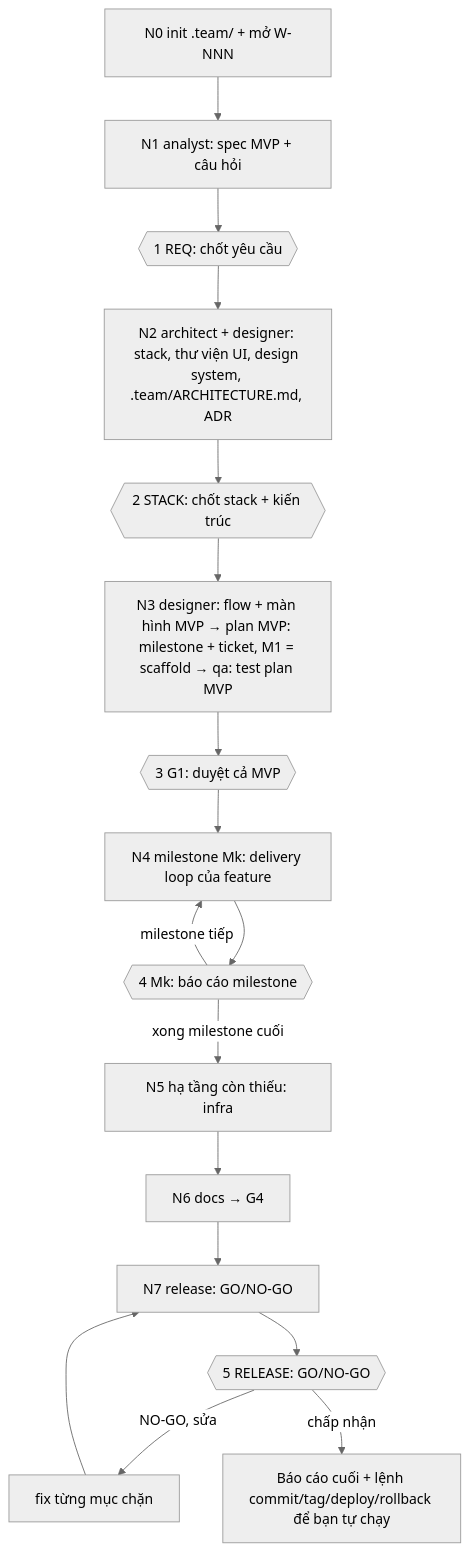
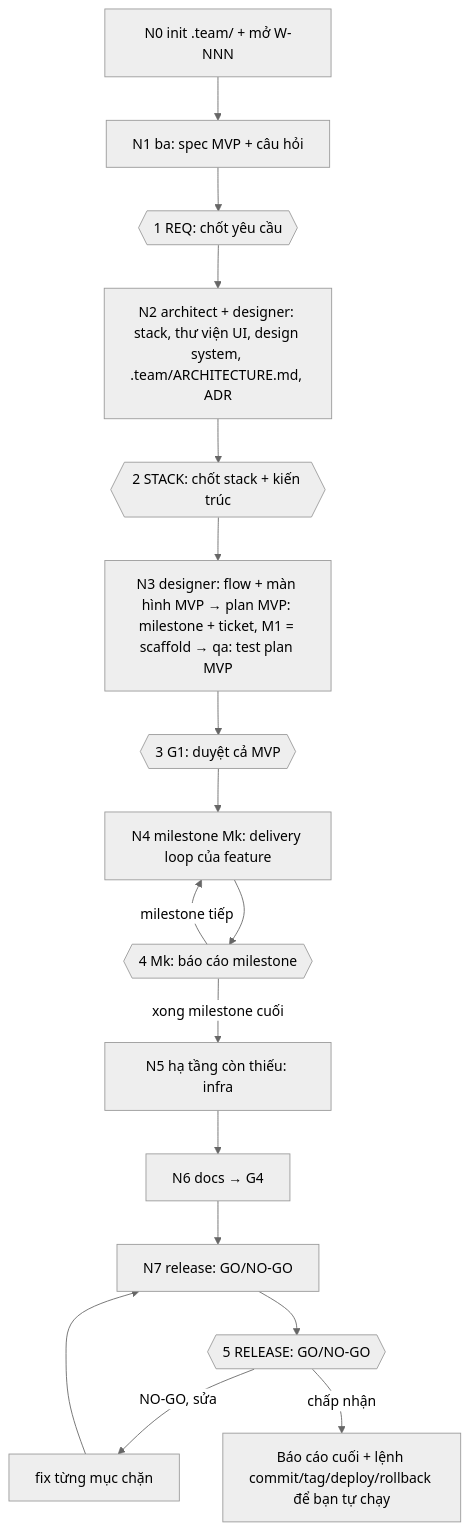
One commit to Tuan-Quyen/technical-teams changed the third of 4 diagrams in README.md. Above: the diagram before and after it, drawn with Mermaid (neutral theme). The commit also changed other lines of this file and 34 other files, not shown here.

````diff
--- a/README.md
+++ b/README.md
@@ -279,18 +280,18 @@
 ```mermaid
 flowchart TD
-  N0[N0 init .team/ + mở W-NNN] --> N1[N1 analyst: spec MVP + câu hỏi]
+  N0[N0 init .team/ + mở W-NNN] --> N1[N1 ba: spec MVP + câu hỏi]
   N1 --> REQ{{1 REQ: chốt yêu cầu}}
   REQ --> N2[N2 architect + designer: stack, thư viện UI, design system, .team/ARCHITECTURE.md, ADR]
   N2 --> STACK{{2 STACK: chốt stack + kiến trúc}}
   STACK --> N3[N3 designer: flow + màn hình MVP → plan MVP: milestone + ticket, M1 = scaffold → qa: test plan MVP]
   N3 --> G1{{3 G1: duyệt cả MVP}}
   G1 --> N4[N4 milestone Mk: delivery loop của feature]
   N4 --> MK{{4 Mk: báo cáo milestone}}
   MK -- milestone tiếp --> N4
   MK -- xong milestone cuối --> N5[N5 hạ tầng còn thiếu: infra]
   N5 --> N6[N6 docs → G4]
   N6 --> N7[N7 release: GO/NO-GO]
   N7 --> REL{{5 RELEASE: GO/NO-GO}}
   REL -- NO-GO, sửa --> FX[fix từng mục chặn] --> N7
   REL -- chấp nhận --> END[Báo cáo cuối + lệnh commit/tag/deploy/rollback để bạn tự chạy]
 ```
````
